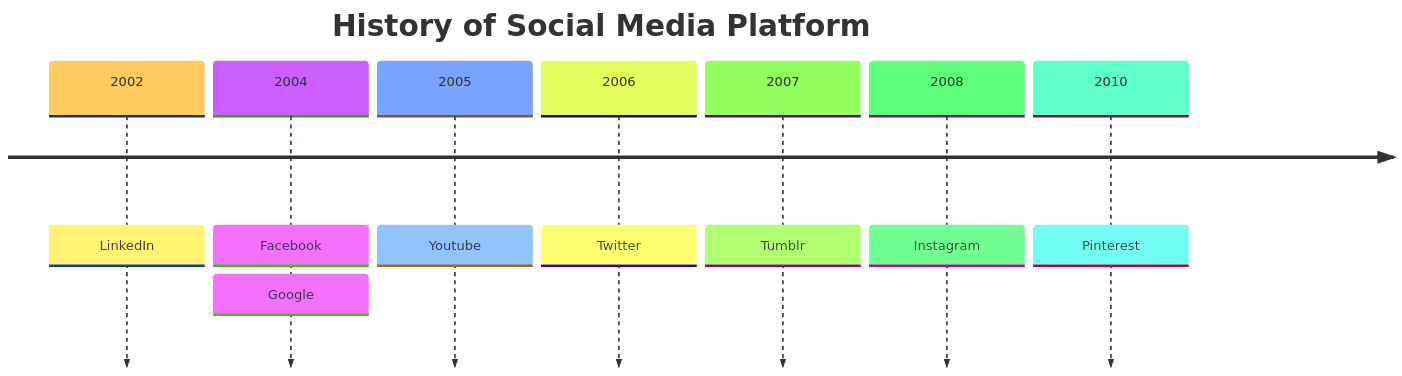
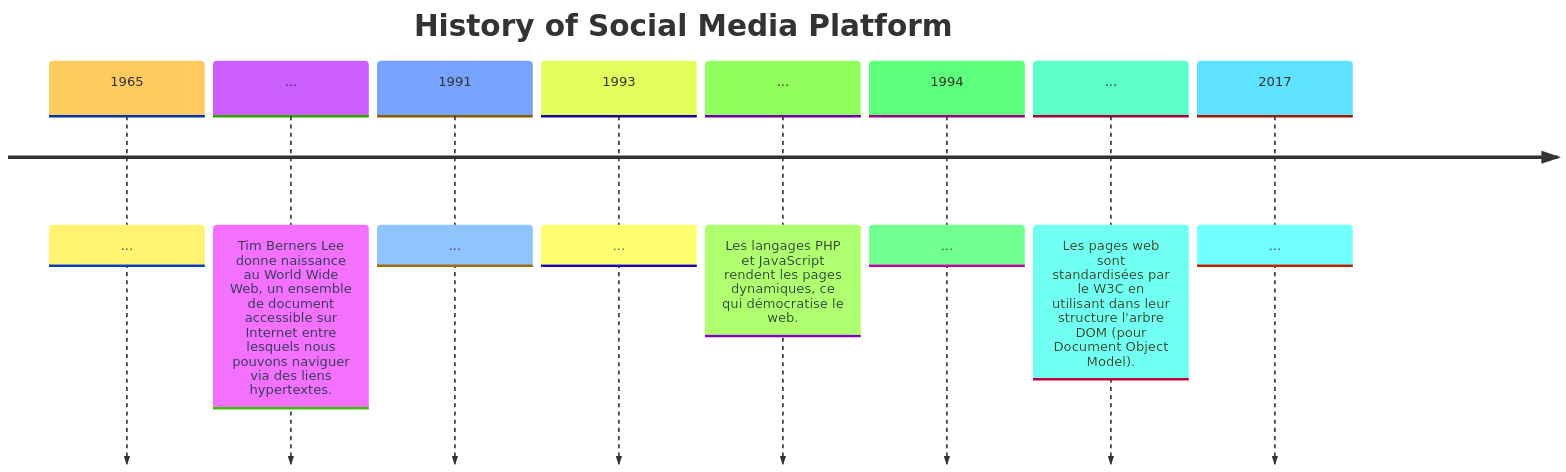
One commit to boddaert/snt changed the diagram in seconde/Web/Reperes_historiques.md. Above: the diagram before and after it, drawn with Mermaid. The commit also changed other lines of this file, not shown here.

````diff
--- a/seconde/Web/Reperes_historiques.md
+++ b/seconde/Web/Reperes_historiques.md
@@ -17,12 +13,13 @@
 ```mermaid
 %%{init: { 'logLevel': 'debug', 'theme': 'base' } }%%
     timeline
         title History of Social Media Platform
-          2002 : LinkedIn
-          2004 : Facebook : Google
-          2005 : Youtube
-          2006 : Twitter
-          2007 : Tumblr
-          2008 : Instagram
-          2010 : Pinterest
+          1965 : ...
+          ... : Tim Berners Lee donne naissance au World Wide Web, un ensemble de document accessible sur Internet entre lesquels nous pouvons naviguer via des liens hypertextes.
+          1991 : ...
+          1993 : ...
+          ... : Les langages PHP et JavaScript rendent les pages dynamiques, ce qui démocratise le web.
+          1994 : ...
+          ... : Les pages web sont standardisées par le W3C en utilisant dans leur structure l'arbre DOM (pour Document Object Model).
+          2017 : ...
 ```
````
